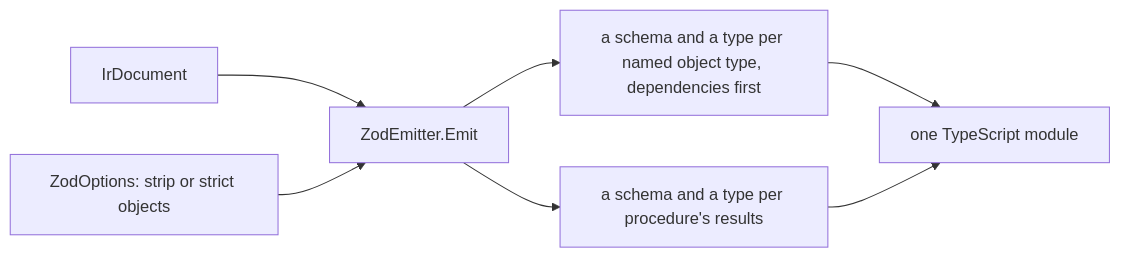
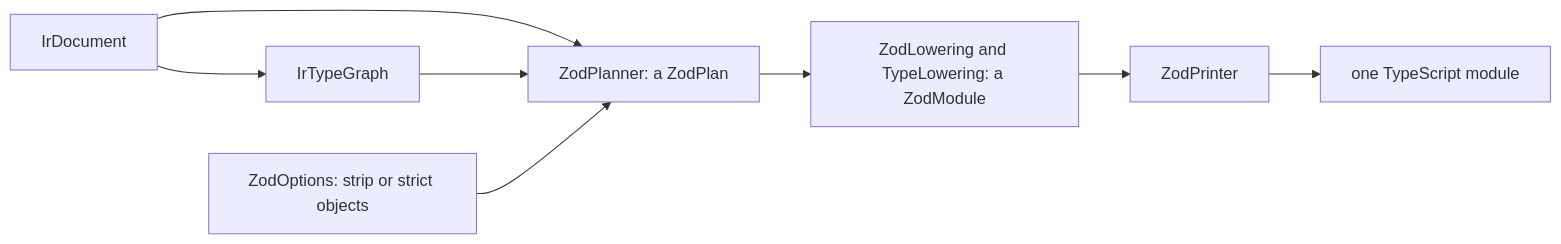
Before and after one commit to haruspex-tools/haruspex: the diagram in src/Haruspex.Emit.Zod/README.md, drawn with Mermaid. The commit also changed other lines of this file and 27 other files, not shown here.

First line of the commit message:
The Zod emitter in three stages: plan, lower, print

````diff
--- a/src/Haruspex.Emit.Zod/README.md
+++ b/src/Haruspex.Emit.Zod/README.md
@@ -10,9 +16,10 @@
 ```mermaid
 flowchart LR
-    document["IrDocument"] --> emitter["ZodEmitter.Emit"]
-    options["ZodOptions: strip or strict objects"] --> emitter
-    emitter --> types["a schema and a type per named object type, dependencies first"]
-    emitter --> procedures["a schema and a type per procedure's results"]
-    types --> module["one TypeScript module"]
-    procedures --> module
+    document["IrDocument"] --> typeGraph["IrTypeGraph"]
+    document --> plan["ZodPlanner: a ZodPlan"]
+    typeGraph --> plan
+    options["ZodOptions: strip or strict objects"] --> plan
+    plan --> lower["ZodLowering and TypeLowering: a ZodModule"]
+    lower --> print["ZodPrinter"]
+    print --> module["one TypeScript module"]
 ```
````
